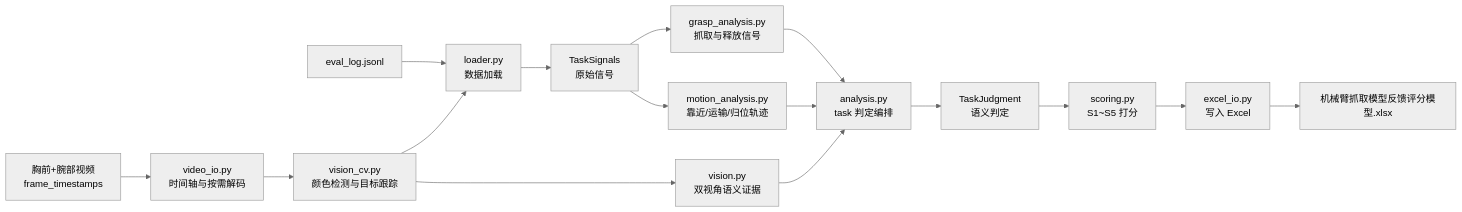
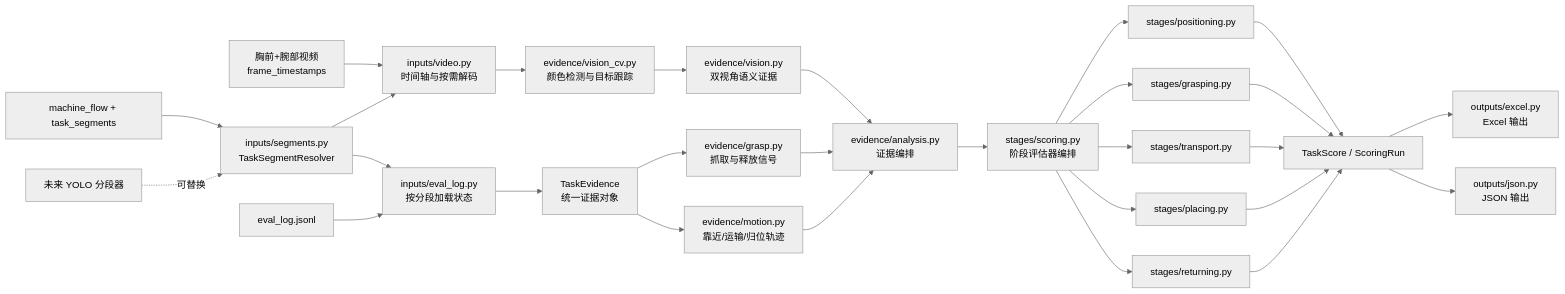
Before and after one commit to liuyuan-1024/inference_scorer: the diagram in README.md, drawn with Mermaid (neutral theme). The commit also changed other lines of this file and 46 other files, not shown here.

Commit message:
解耦 task segment 识别与评分流程，新增可替换分段器接口以支持未来 YOLO 接入。

````diff
--- a/README.md
+++ b/README.md
@@ -84,18 +92,30 @@
 ```mermaid
 graph LR
-    A[eval_log.jsonl] --> B[loader.py<br>数据加载]
-    C[machine_flow.jsonl] --> B
-    B --> D[TaskSignals<br>原始信号]
-    V[胸前+腕部视频<br>frame_timestamps] --> T[video_io.py<br>时间轴与按需解码]
-    T --> C[vision_cv.py<br>颜色检测与目标跟踪]
-    C --> X[vision.py<br>双视角语义证据]
+    C[machine_flow + task_segments] --> Q[inputs/segments.py<br>TaskSegmentResolver]
+    Y[未来 YOLO 分段器] -. 可替换 .-> Q
+    Q --> B[inputs/eval_log.py<br>按分段加载状态]
+    A[eval_log.jsonl] --> B
+    B --> D[TaskEvidence<br>统一证据对象]
+    V[胸前+腕部视频<br>frame_timestamps] --> T[inputs/video.py<br>时间轴与按需解码]
+    Q --> T
+    T --> CV[evidence/vision_cv.py<br>颜色检测与目标跟踪]
+    CV --> X[evidence/vision.py<br>双视角语义证据]
     X --> E
-    D --> M[grasp_analysis.py<br>抓取与释放信号]
-    D --> K[motion_analysis.py<br>靠近/运输/归位轨迹]
+    D --> M[evidence/grasp.py<br>抓取与释放信号]
+    D --> K[evidence/motion.py<br>靠近/运输/归位轨迹]
     M --> E
-    K --> E[analysis.py<br>task 判定编排]
-    E --> F[TaskJudgment<br>语义判定]
-    F --> G[scoring.py<br>S1~S5 打分]
-    G --> H[excel_io.py<br>写入 Excel]
-    H --> I[机械臂抓取模型反馈评分模型.xlsx]
+    K --> E[evidence/analysis.py<br>证据编排]
+    E --> G[stages/scoring.py<br>阶段评估器编排]
+    G --> S1[stages/positioning.py]
+    G --> S2[stages/grasping.py]
+    G --> S3[stages/transport.py]
+    G --> S4[stages/placing.py]
+    G --> S5[stages/returning.py]
+    S1 --> R[TaskScore / ScoringRun]
+    S2 --> R
+    S3 --> R
+    S4 --> R
+    S5 --> R
+    R --> H[outputs/excel.py<br>Excel 输出]
+    R --> J[outputs/json.py<br>JSON 输出]
 ```
````
